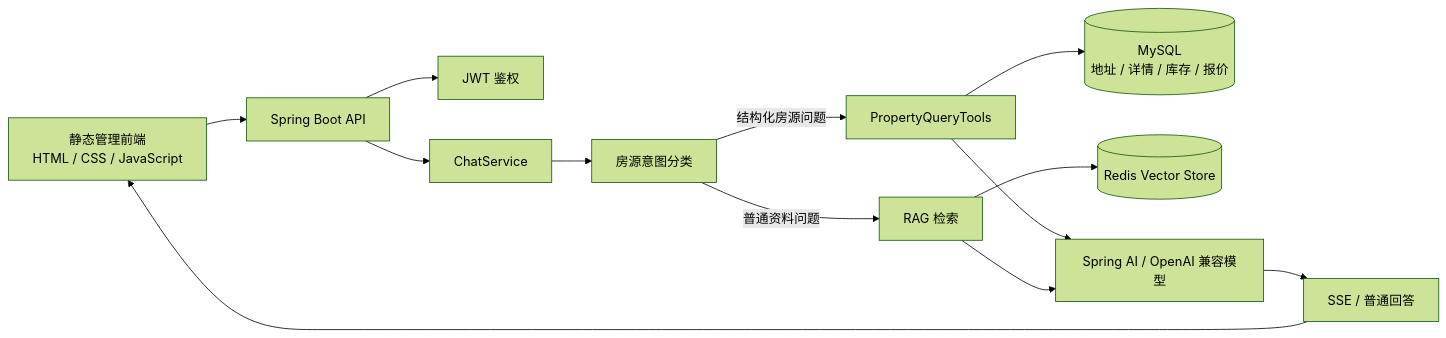
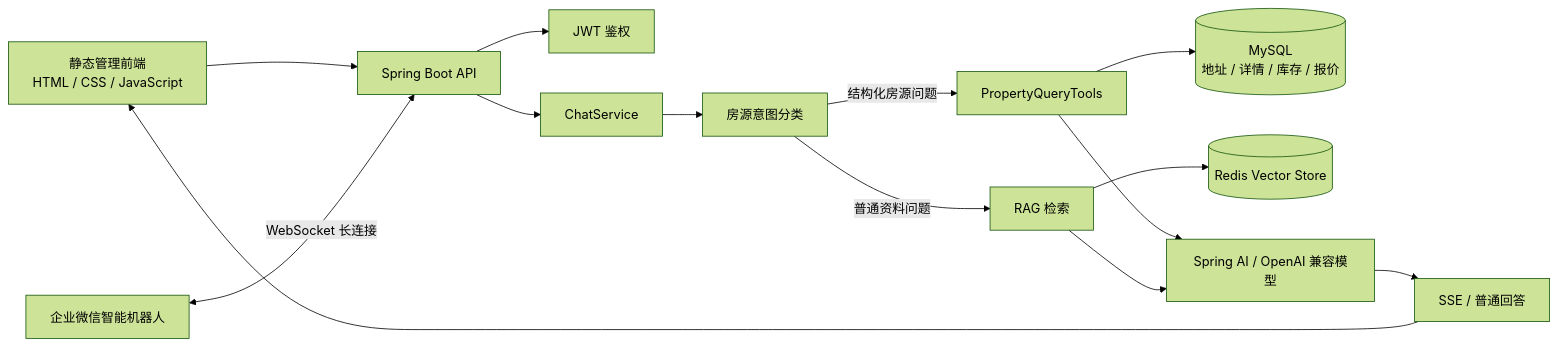
Before and after one commit to XiaoZhong233/Veri-RAG: the diagram in README.md, drawn with Mermaid (forest theme). The commit also changed other lines of this file and 8 other files, not shown here.

````diff
--- a/README.md
+++ b/README.md
@@ -22,15 +23,16 @@
 ```mermaid
 flowchart LR
     UI["静态管理前端<br/>HTML / CSS / JavaScript"] --> API["Spring Boot API"]
     API --> AUTH["JWT 鉴权"]
     API --> CHAT["ChatService"]
     CHAT --> INTENT["房源意图分类"]
     INTENT -->|结构化房源问题| TOOL["PropertyQueryTools"]
     INTENT -->|普通资料问题| RAG["RAG 检索"]
     TOOL --> MYSQL[("MySQL<br/>地址 / 详情 / 库存 / 报价")]
     RAG --> REDIS[("Redis Vector Store")]
     TOOL --> LLM["Spring AI / OpenAI 兼容模型"]
     RAG --> LLM
     LLM --> SSE["SSE / 普通回答"]
     SSE --> UI
+    WECOM["企业微信智能机器人"] <-->|"WebSocket 长连接"| API
 ```
````
